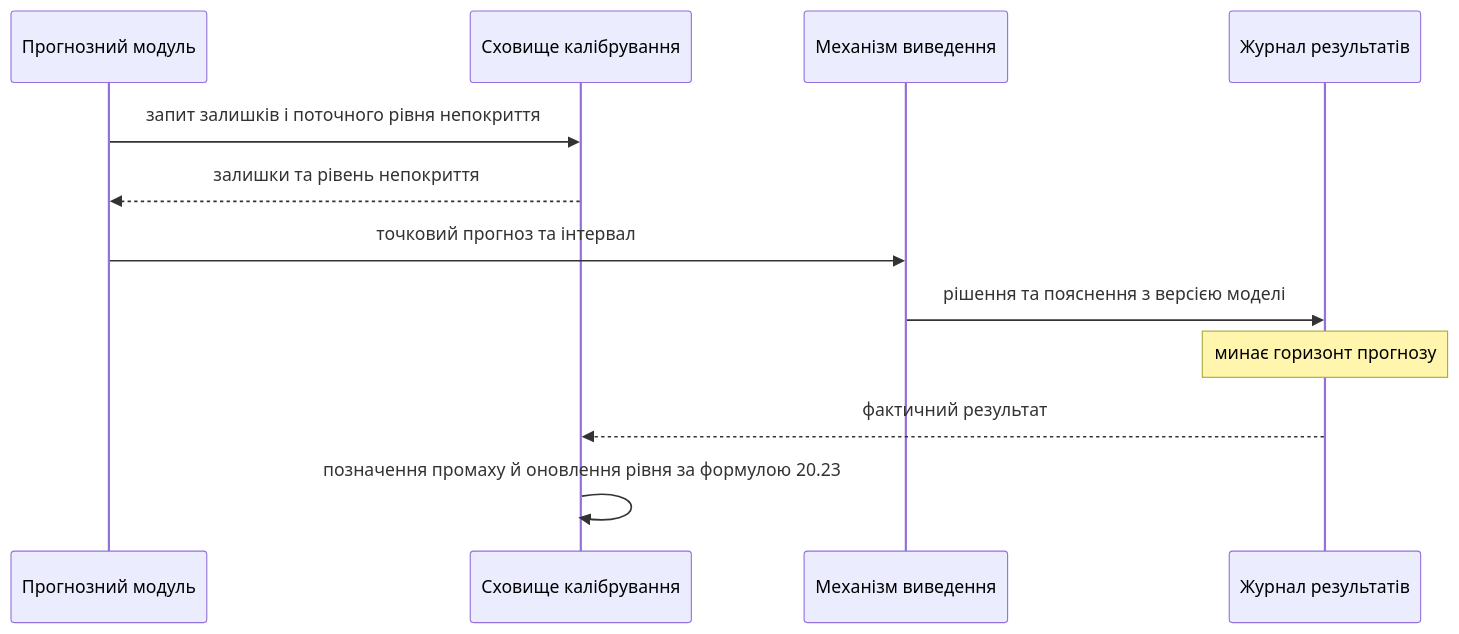
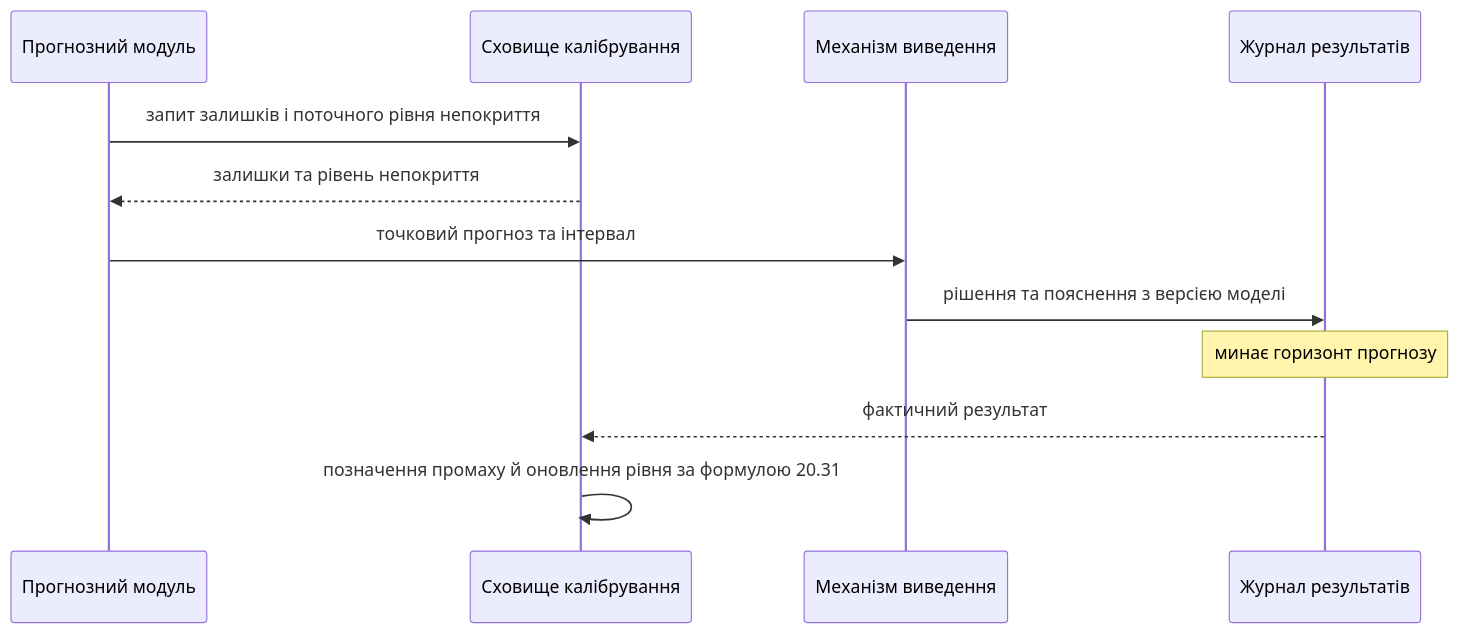
One commit to nick-fedchik/articles changed the eighth of 9 diagrams in Expert_Systems/Volume-2/ch20-temporal-models-and-prediction-draft.md. Above: the diagram before and after it, drawn with Mermaid. The commit also changed other lines of this file and 1 other file, not shown here.

First line of the commit message:
docs(ch20-draft): theory-diagram-code order, relevant Mermaid types, short listings

````diff
--- a/Expert_Systems/Volume-2/ch20-temporal-models-and-prediction-draft.md
+++ b/Expert_Systems/Volume-2/ch20-temporal-models-and-prediction-draft.md
@@ -744,16 +855,16 @@
 ```mermaid
 sequenceDiagram
-    accTitle: Схема 20.24. Один оберт циклу адаптивного конформного прогнозу
+    accTitle: Схема 20.32. Один оберт циклу адаптивного конформного прогнозу
     accDescr: Прогнозний модуль бере зі сховища калібрування залишки та поточний рівень непокриття, будує інтервал і передає його механізму виведення. Механізм виведення формує рішення та пояснення. Після настання горизонту журнал результатів повертає фактичне значення, сховище позначає промах або покриття й оновлює рівень непокриття.
     participant P as Прогнозний модуль
     participant K as Сховище калібрування
     participant IE as Механізм виведення
     participant J as Журнал результатів
     P->>K: запит залишків і поточного рівня непокриття
     K-->>P: залишки та рівень непокриття
     P->>IE: точковий прогноз та інтервал
     IE->>J: рішення та пояснення з версією моделі
     Note over J: минає горизонт прогнозу
     J-->>K: фактичний результат
-    K->>K: позначення промаху й оновлення рівня за формулою 20.23
+    K->>K: позначення промаху й оновлення рівня за формулою 20.31
 ```
````
